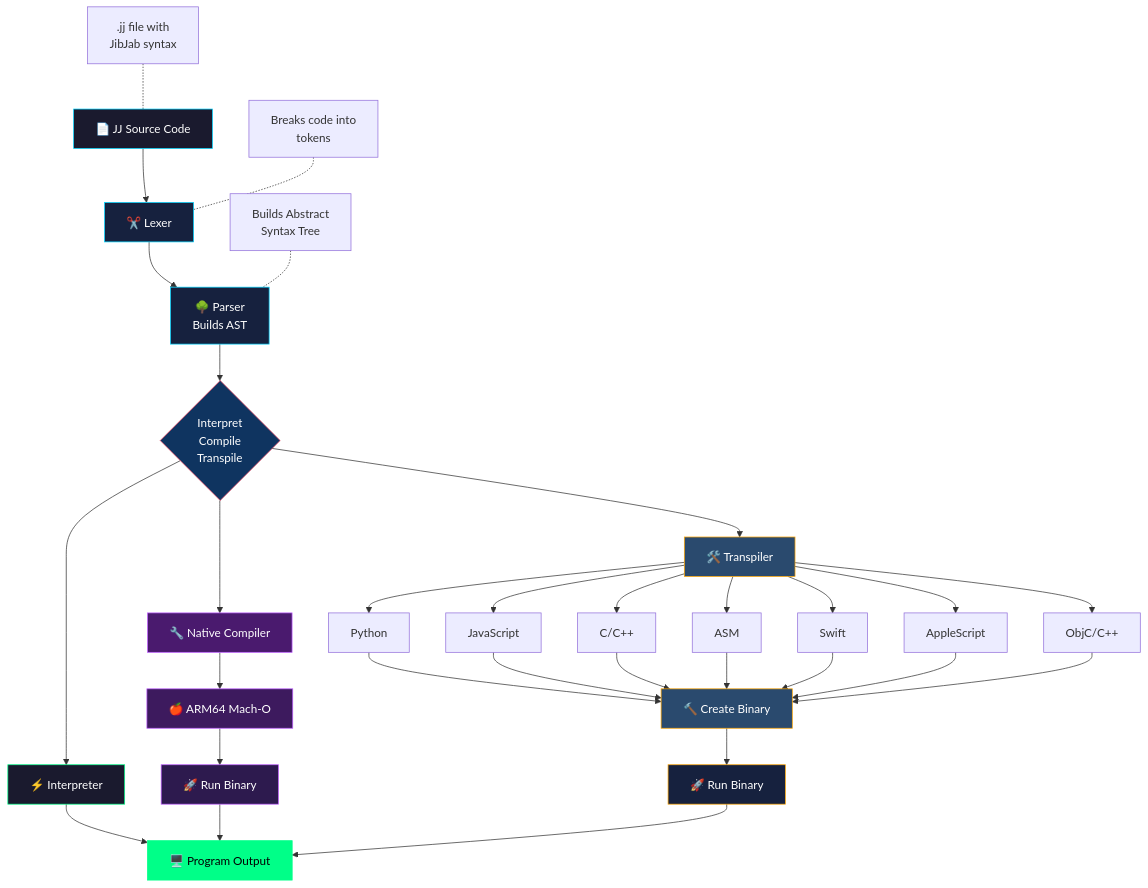
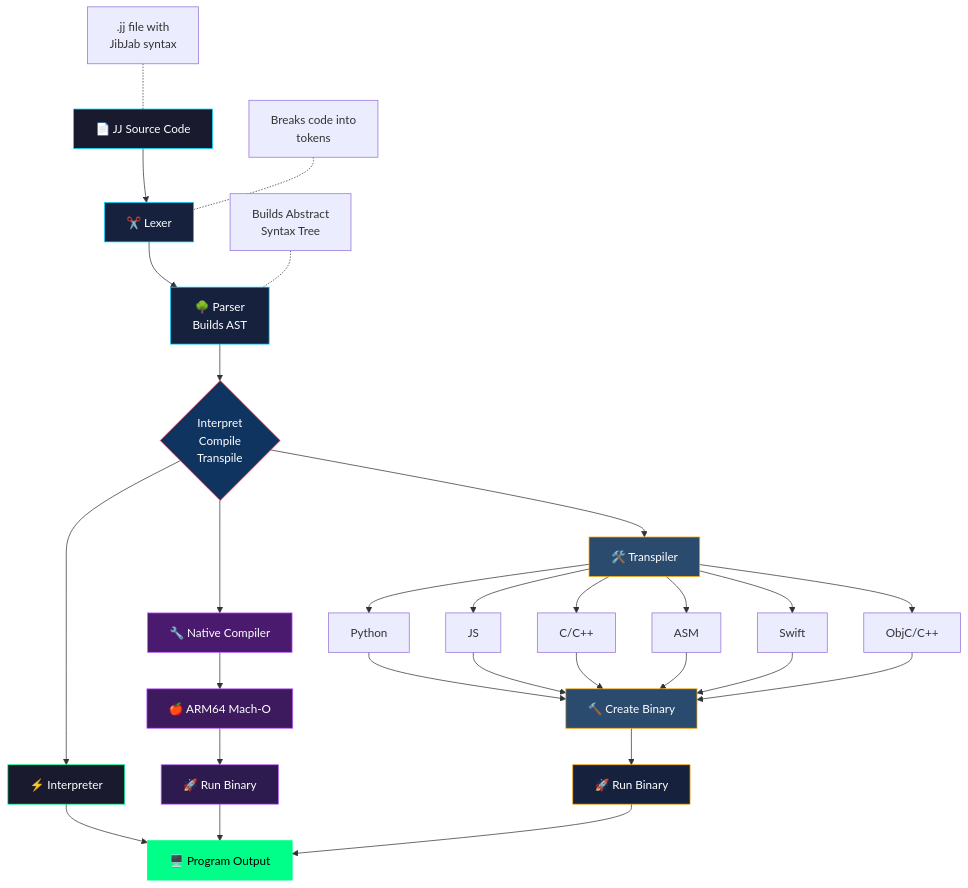
The diagram in README.md (SuperBox64/JibberJabber), drawn with Mermaid before and after one commit.

Commit message:
Simplify transpiler targets in diagram
- Remove AppleScript from diagram
- Change JavaScript to JS

````diff
--- a/README.md
+++ b/README.md
@@ -347,52 +347,50 @@
 ```mermaid
 flowchart TD
     A[📄 JJ Source Code] --> B[✂️  Lexer]
     B --> C[🌳 Parser<br>Builds AST]
     C --> D{Interpret<br>Compile<br>Transpile}
 
     A1[".jj file with<br>JibJab syntax"] -.- A
     B1["Breaks code into<br>tokens"] -.- B
     C1["Builds Abstract<br>Syntax Tree"] -.- C
 
     D --> E[⚡ Interpreter]
     E --> F[🖥️  Program Output]
 
     D --> N1[🔧 Native Compiler]
     N1 --> N2[🍎 ARM64 Mach-O]
     N2 --> N3[🚀 Run Binary]
     N3 --> F
 
     D --> G[🛠️ Transpiler]
     G --> H[Python]
-    G --> I[JavaScript]
+    G --> I[JS]
     G --> J[C/C++]
     G --> K[ASM]
     G --> L[Swift]
-    G --> P[AppleScript]
     G --> Q[ObjC/C++]
 
     H --> M[🔨 Create Binary]
     I --> M
     J --> M
     K --> M
     L --> M
-    P --> M
     Q --> M
     M --> N[🚀 Run Binary]
     N --> F
 
     style N1 fill:#4a1a6e,stroke:#bf5fff,color:#fff
     style N2 fill:#3d1a5e,stroke:#bf5fff,color:#fff
     style N3 fill:#2d1a4e,stroke:#bf5fff,color:#fff
 
     style M fill:#2a4a6e,stroke:#ffa500,color:#fff
     style N fill:#16213e,stroke:#ffa500,color:#fff
 
     style A fill:#1a1a2e,stroke:#00d4ff,color:#fff
     style B fill:#16213e,stroke:#00d4ff,color:#fff
     style C fill:#16213e,stroke:#00d4ff,color:#fff
     style D fill:#0f3460,stroke:#e94560,color:#fff
     style E fill:#1a1a2e,stroke:#00ff88,color:#fff
     style F fill:#00ff88,stroke:#00ff88,color:#000
     style G fill:#2a4a6e,stroke:#ffa500,color:#fff
 ```
````
